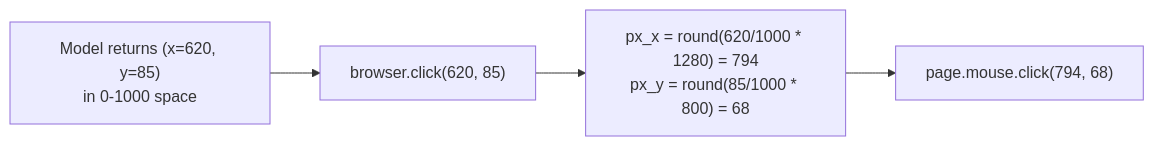
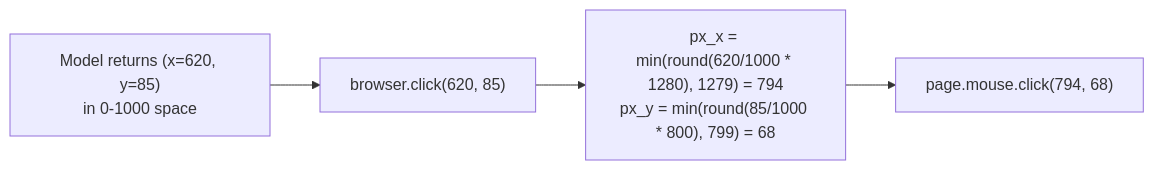
The second of 2 diagrams in docs/ARCHITECTURE.md (vuthayak/vision-release-navigator), drawn with Mermaid before and after one commit. The commit also changed other lines of this file and 32 other files, not shown here.

````diff
--- a/docs/ARCHITECTURE.md
+++ b/docs/ARCHITECTURE.md
@@ -129,6 +165,6 @@
 ```mermaid
 flowchart LR
     Model["Model returns (x=620, y=85)<br/>in 0-1000 space"] --> Scale["browser.click(620, 85)"]
-    Scale --> Compute["px_x = round(620/1000 * 1280) = 794<br/>px_y = round(85/1000 * 800) = 68"]
+    Scale --> Compute["px_x = min(round(620/1000 * 1280), 1279) = 794<br/>px_y = min(round(85/1000 * 800), 799) = 68"]
     Compute --> Mouse["page.mouse.click(794, 68)"]
 ```
````
